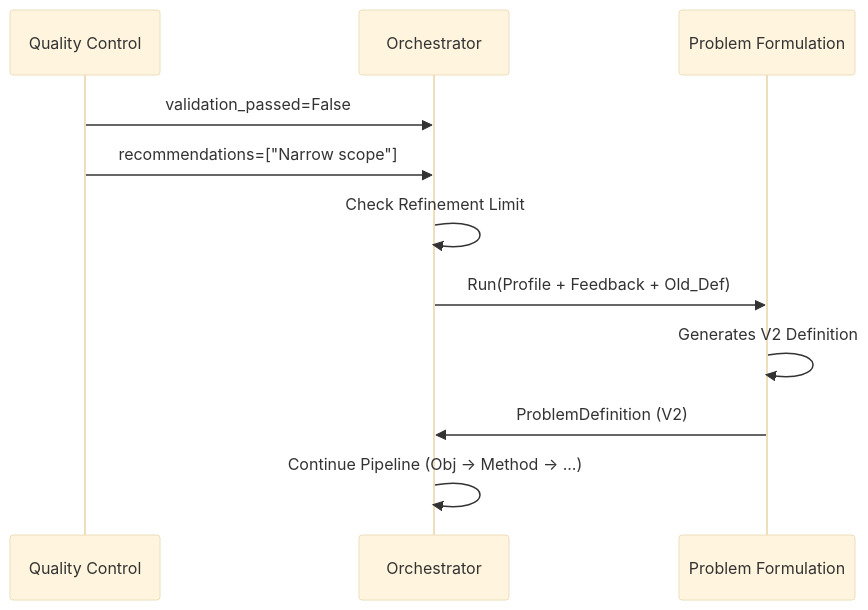
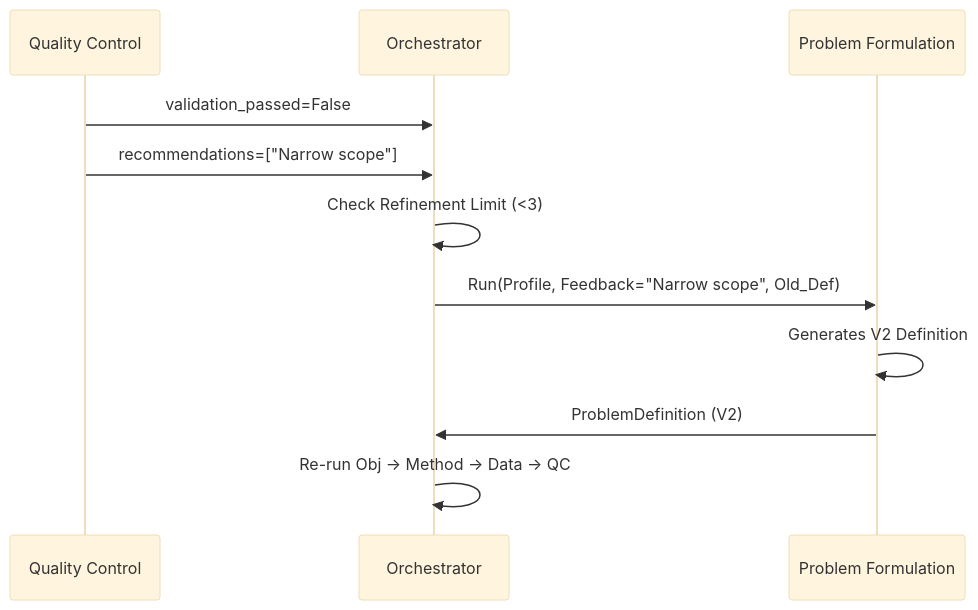
Before and after one commit to dbarretol/WRITEUP-SUBMISSION-5Day-Google: the second of 2 diagrams in docs/DATA-FLOW.md, drawn with Mermaid (base theme). The commit also changed other lines of this file and 102 other files, not shown here.

````diff
--- a/docs/DATA-FLOW.md
+++ b/docs/DATA-FLOW.md
@@ -229,17 +245,17 @@
 ```mermaid
 sequenceDiagram
     participant QC as Quality Control
     participant Orch as Orchestrator
     participant PF as Problem Formulation
     
     QC->>Orch: validation_passed=False
     QC->>Orch: recommendations=["Narrow scope"]
     
-    Orch->>Orch: Check Refinement Limit
-    Orch->>PF: Run(Profile + Feedback + Old_Def)
+    Orch->>Orch: Check Refinement Limit (<3)
+    Orch->>PF: Run(Profile, Feedback="Narrow scope", Old_Def)
     
     PF->>PF: Generates V2 Definition
     PF->>Orch: ProblemDefinition (V2)
     
-    Orch->>Orch: Continue Pipeline (Obj -> Method -> ...)
+    Orch->>Orch: Re-run Obj -> Method -> Data -> QC
 ```
````
